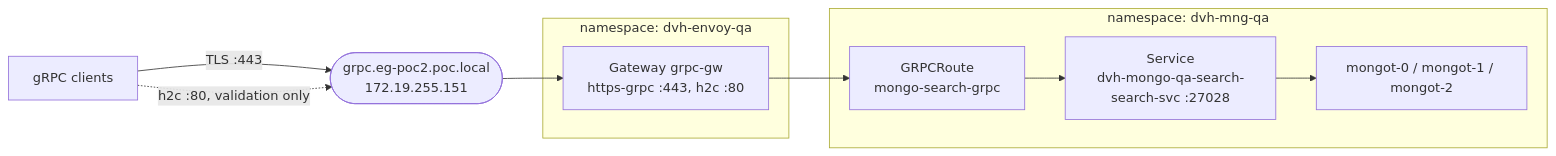
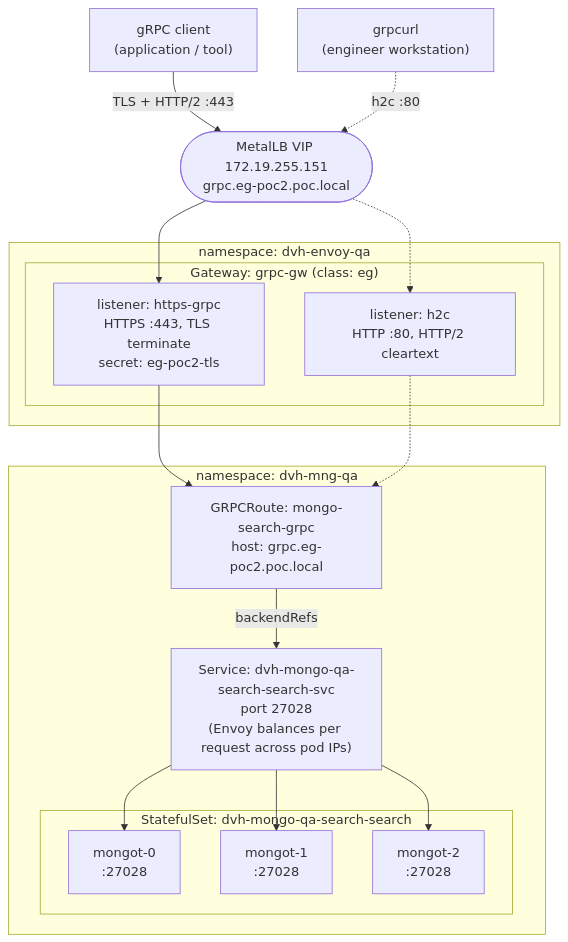
One commit to ephico2real2/envoy-reference-architecture changed the first of 5 diagrams in docs/proposal.md. Above: the diagram before and after it, drawn with Mermaid. The commit also changed other lines of this file and 1 other file, not shown here.

````diff
--- a/docs/proposal.md
+++ b/docs/proposal.md
@@ -46,14 +88,32 @@
 ```mermaid
-flowchart LR
-    clients["gRPC clients"] -->|"TLS :443"| vip(["grpc.eg-poc2.poc.local<br/>172.19.255.151"])
-    clients -.->|"h2c :80, validation only"| vip
-    subgraph envoyns["namespace: dvh-envoy-qa"]
-        gw["Gateway grpc-gw<br/>https-grpc :443, h2c :80"]
+flowchart TB
+    app["gRPC client<br/>(application / tool)"]
+    tester["grpcurl<br/>(engineer workstation)"]
+    vip(["MetalLB VIP 172.19.255.151<br/>grpc.eg-poc2.poc.local"])
+
+    subgraph gwns["namespace: dvh-envoy-qa"]
+        subgraph gw["Gateway: grpc-gw (class: eg)"]
+            https["listener: https-grpc<br/>HTTPS :443, TLS terminate<br/>secret: eg-poc2-tls"]
+            h2c["listener: h2c<br/>HTTP :80, HTTP/2 cleartext"]
+        end
     end
-    subgraph mngns["namespace: dvh-mng-qa"]
-        route["GRPCRoute<br/>mongo-search-grpc"]
-        svc["Service<br/>dvh-mongo-qa-search-search-svc :27028"]
-        pods["mongot-0 / mongot-1 / mongot-2"]
+
+    subgraph qa["namespace: dvh-mng-qa"]
+        route["GRPCRoute: mongo-search-grpc<br/>host: grpc.eg-poc2.poc.local"]
+        svc["Service: dvh-mongo-qa-search-search-svc<br/>port 27028<br/>(Envoy balances per request across pod IPs)"]
+        subgraph sts["StatefulSet: dvh-mongo-qa-search-search"]
+            m0["mongot-0<br/>:27028"]
+            m1["mongot-1<br/>:27028"]
+            m2["mongot-2<br/>:27028"]
+        end
     end
-    vip --> gw --> route --> svc --> pods
+
+    app -->|"TLS + HTTP/2 :443"| vip
+    tester -.->|"h2c :80"| vip
+    vip --> https
+    vip -.-> h2c
+    https --> route
+    h2c -.-> route
+    route -->|"backendRefs"| svc
+    svc --> m0 & m1 & m2
 ```
````
